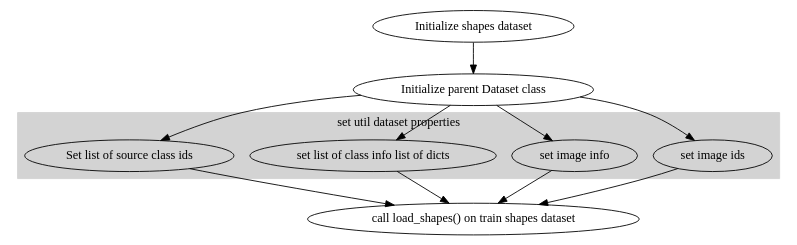
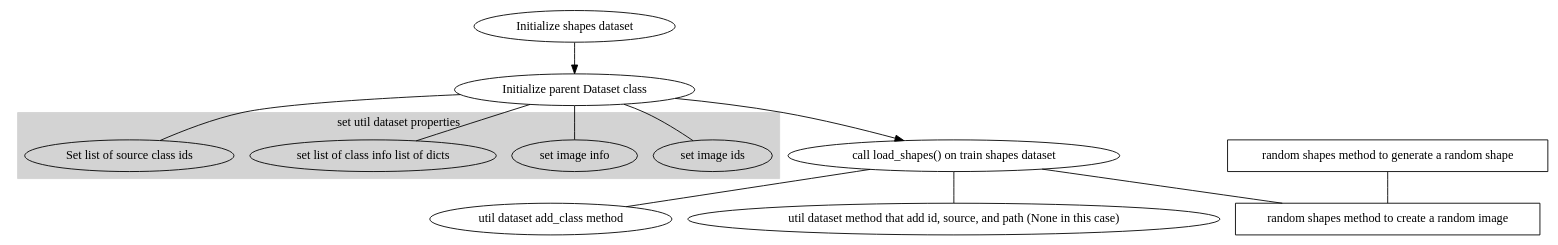
Before and after one commit to cao826/graph-maskrcnn-code: the diagram in stepping-through.dot, drawn with Graphviz. The commit also changed 1 other file, not shown here.

Commit message:
added graph for dataset_train.load_shapes
The graph adds the clas info and then uses code to generate an image with shapes. The shapes, location/orientation of the shapes, and the background color are chosen randomly

```diff
--- a/stepping-through.dot
+++ b/stepping-through.dot
@@ -1,28 +1,35 @@
 digraph D {
     node [fontname="Comic Sans"]
     
     init_shapes_dataset [label="Initialize shapes dataset"]
     init_util_dataset [label="Initialize parent Dataset class"]
     set_image_ids [label="set image ids"]
     set_image_info [label="set image info"]
     set_class_info [label="set list of class info list of dicts"]
     set_source_class_ids [label="Set list of source class ids"]
     shapedata_load_shapes [label="call load_shapes() on train shapes dataset"]
+    util_add_class [label="util dataset add_class method"]
+    gen_random_image [label="random shapes method to create a random image", shape=box]
+    gen_random_shape [label="random shapes method to generate a random shape", shape=box]
+    add_image [label="util dataset method that add id, source, and path (None in this case)"]
+    
 
     /* HERE BEGIN SUBGRAPHS */
 
     subgraph cluster_0 {
 		style=filled;
 		color=lightgrey;
 		node [style=filled,color=white];
         {set_image_ids, set_image_info, set_class_info, set_source_class_ids } 
 		label = "set util dataset properties";
 	}
 
 
     /* HERE BEGINS THE GRAPH */
     
     init_shapes_dataset -> init_util_dataset
-    init_util_dataset -> {set_image_ids, set_image_info, set_class_info, set_source_class_ids } -> shapedata_load_shapes
-    
+    init_util_dataset -> {set_image_ids, set_image_info, set_class_info, set_source_class_ids } [arrowhead=None]
+    shapedata_load_shapes -> {util_add_class, gen_random_image, add_image} [arrowhead=None]
+    gen_random_shape -> gen_random_image [arrowhead=None]
+    init_util_dataset -> shapedata_load_shapes
 }
```
